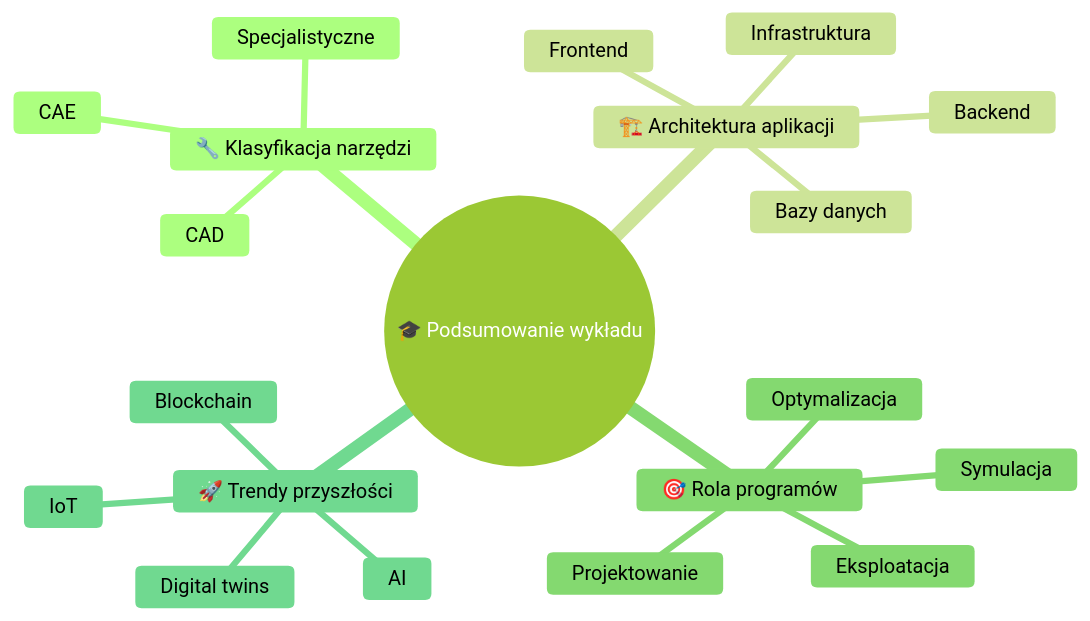
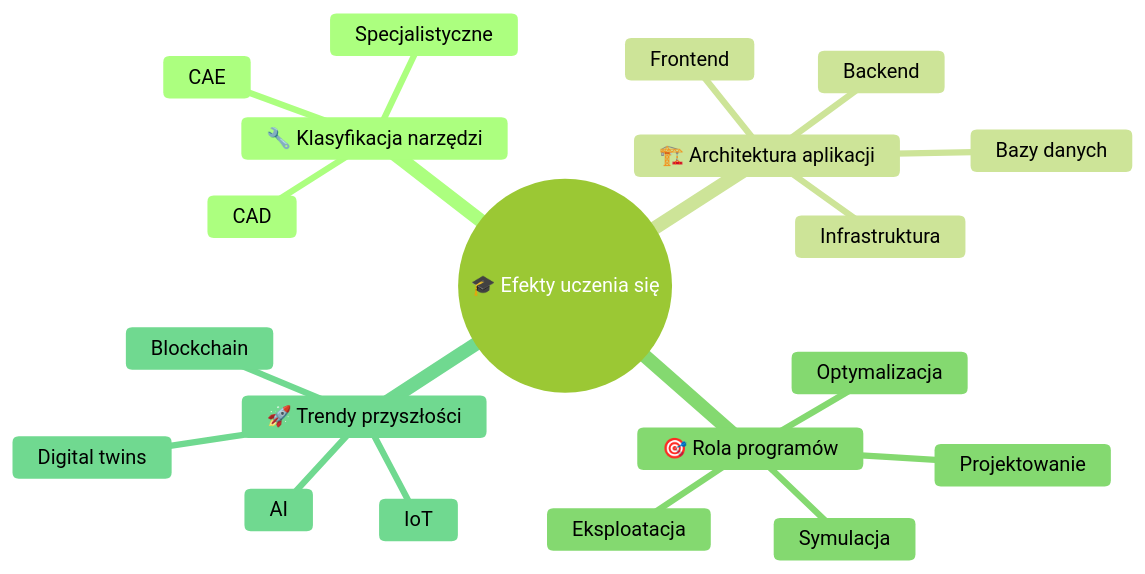
One commit to Viktar-T/OZE-projektowanie changed the diagram in oze-pr/docs/wyklady/wyklad-01-wprowadzenie/01-wprowadzenie-do-tematyki.mdx. Above: the diagram before and after it, drawn with Mermaid (forest theme).

````diff
--- a/oze-pr/docs/wyklady/wyklad-01-wprowadzenie/01-wprowadzenie-do-tematyki.mdx
+++ b/oze-pr/docs/wyklady/wyklad-01-wprowadzenie/01-wprowadzenie-do-tematyki.mdx
@@ -108,23 +108,23 @@
 ```mermaid
 mindmap
-  root((🎓 Podsumowanie wykładu))
+  root((🎓 Efekty uczenia się))
     🔧 Klasyfikacja narzędzi
       CAD
       CAE
       Specjalistyczne
     🏗️ Architektura aplikacji
       Frontend
       Backend
       Bazy danych
       Infrastruktura
     🎯 Rola programów
       Projektowanie
       Symulacja
       Optymalizacja
       Eksploatacja
     🚀 Trendy przyszłości
       AI
       IoT
       Blockchain
       Digital twins
 ```
````
